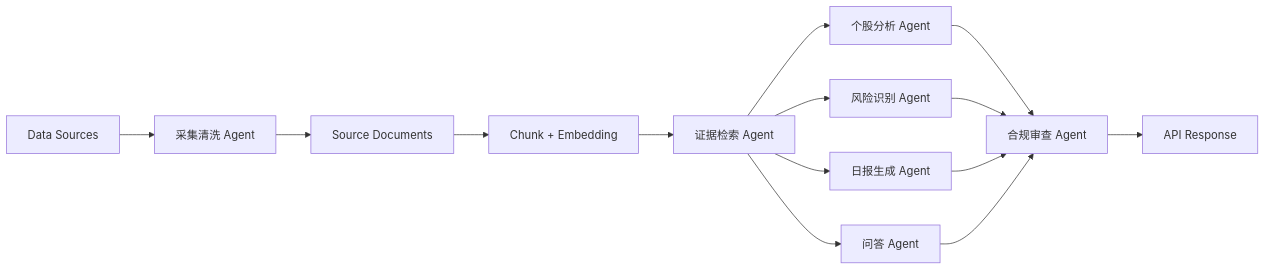
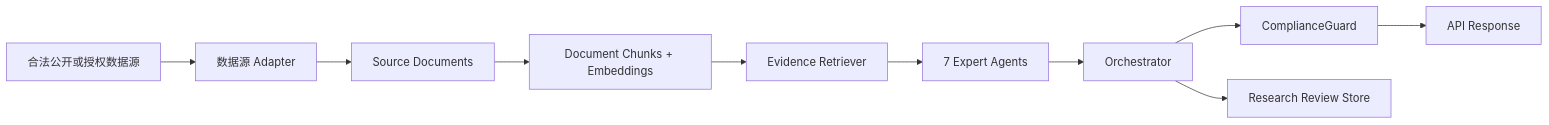
One commit to lvzhangyu505/gushen changed the diagram in docs/ai-agents.md. Above: the diagram before and after it, drawn with Mermaid. The commit also changed other lines of this file and 56 other files, not shown here.

Commit message:
Build Gushen agent research MVP

````diff
--- a/docs/ai-agents.md
+++ b/docs/ai-agents.md
@@ -7,16 +11,12 @@
 ```mermaid
 flowchart LR
-  A["Data Sources"] --> B["采集清洗 Agent"]
+  A["合法公开或授权数据源"] --> B["数据源 Adapter"]
   B --> C["Source Documents"]
-  C --> D["Chunk + Embedding"]
-  D --> E["证据检索 Agent"]
-  E --> F["个股分析 Agent"]
-  E --> G["风险识别 Agent"]
-  E --> H["日报生成 Agent"]
-  E --> I["问答 Agent"]
-  F --> J["合规审查 Agent"]
-  G --> J
-  H --> J
-  I --> J
-  J --> K["API Response"]
+  C --> D["Document Chunks + Embeddings"]
+  D --> E["Evidence Retriever"]
+  E --> F["7 Expert Agents"]
+  F --> G["Orchestrator"]
+  G --> H["ComplianceGuard"]
+  H --> I["API Response"]
+  G --> J["Research Review Store"]
 ```
````
